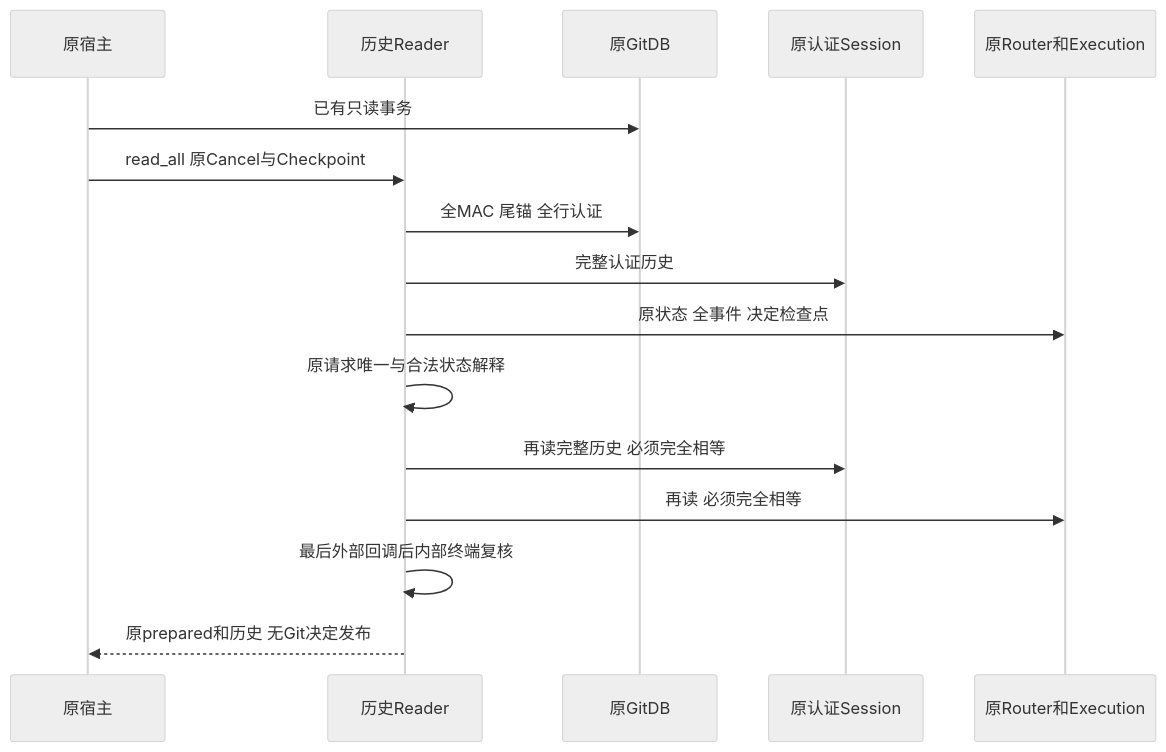
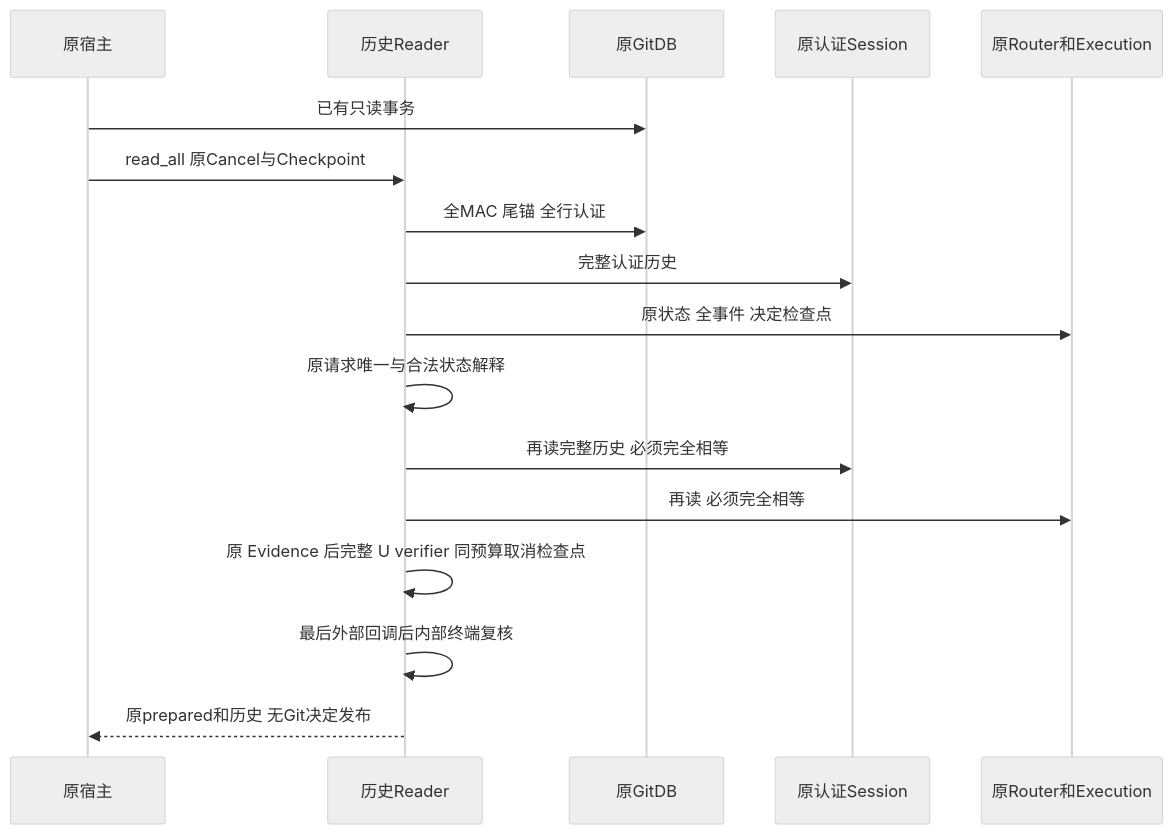
The fourth of 5 diagrams in docs/changes/m09-r4-git-prepared-approval-history.md (carrie1988/Harnessix), drawn with Mermaid (neutral theme) before and after one commit. The commit also changed other lines of this file and 5 other files, not shown here.

````diff
--- a/docs/changes/m09-r4-git-prepared-approval-history.md
+++ b/docs/changes/m09-r4-git-prepared-approval-history.md
@@ -119,18 +136,19 @@
 ```mermaid
 sequenceDiagram
     participant Host as 原宿主
     participant Reader as 历史Reader
     participant GitDB as 原GitDB
     participant Session as 原认证Session
     participant Router as 原Router和Execution
     Host->>GitDB: 已有只读事务
     Host->>Reader: read_all 原Cancel与Checkpoint
     Reader->>GitDB: 全MAC 尾锚 全行认证
     Reader->>Session: 完整认证历史
     Reader->>Router: 原状态 全事件 决定检查点
     Reader->>Reader: 原请求唯一与合法状态解释
     Reader->>Session: 再读完整历史 必须完全相等
     Reader->>Router: 再读 必须完全相等
+    Reader->>Reader: 原 Evidence 后完整 U verifier 同预算取消检查点
     Reader->>Reader: 最后外部回调后内部终端复核
     Reader-->>Host: 原prepared和历史 无Git决定发布
 ```
````
